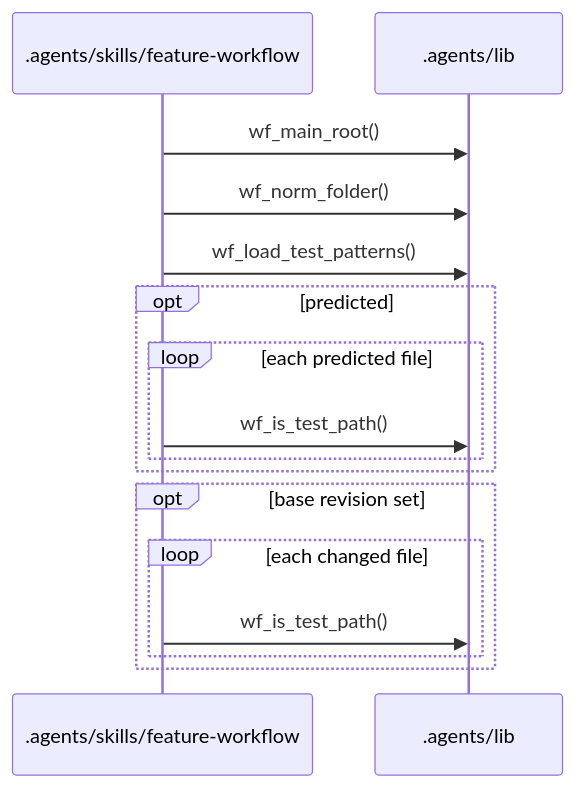
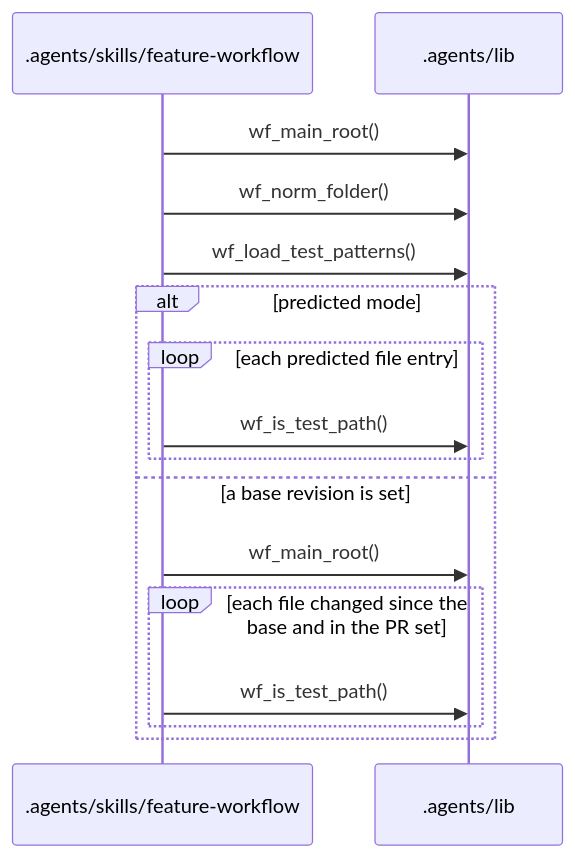
Before and after one commit to TajVirani/llm-scaffold-claude: the seventh of 15 diagrams in .workflow/cache/flows.md, drawn with Mermaid. The commit also changed other lines of this file and 2 other files, not shown here.

Commit message:
Workflow data for 007-done-folder: caches republished at 9e971ad

````diff
--- a/.workflow/cache/flows.md
+++ b/.workflow/cache/flows.md
@@ -150,18 +155,18 @@
 ```mermaid
 sequenceDiagram
   participant _agents_skills_feature_workflow as .agents/skills/feature-workflow
   participant _agents_lib as .agents/lib
   _agents_skills_feature_workflow->>_agents_lib: wf_main_root()
   _agents_skills_feature_workflow->>_agents_lib: wf_norm_folder()
   _agents_skills_feature_workflow->>_agents_lib: wf_load_test_patterns()
-  opt predicted
-    loop each predicted file
+  alt predicted mode
+    loop each predicted file entry
       _agents_skills_feature_workflow->>_agents_lib: wf_is_test_path()
     end
-  end
-  opt base revision set
-    loop each changed file
+  else a base revision is set
+    _agents_skills_feature_workflow->>_agents_lib: wf_main_root()
+    loop each file changed since the base and in the PR set
       _agents_skills_feature_workflow->>_agents_lib: wf_is_test_path()
     end
   end
 ```
````
